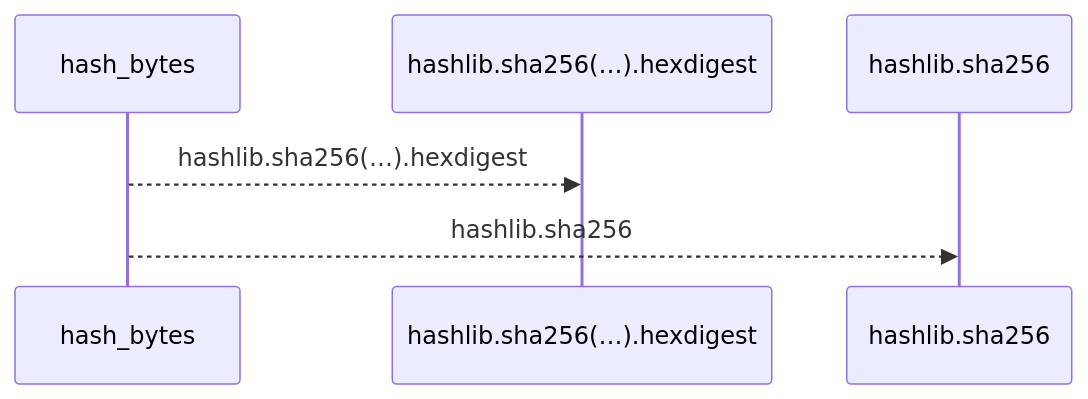
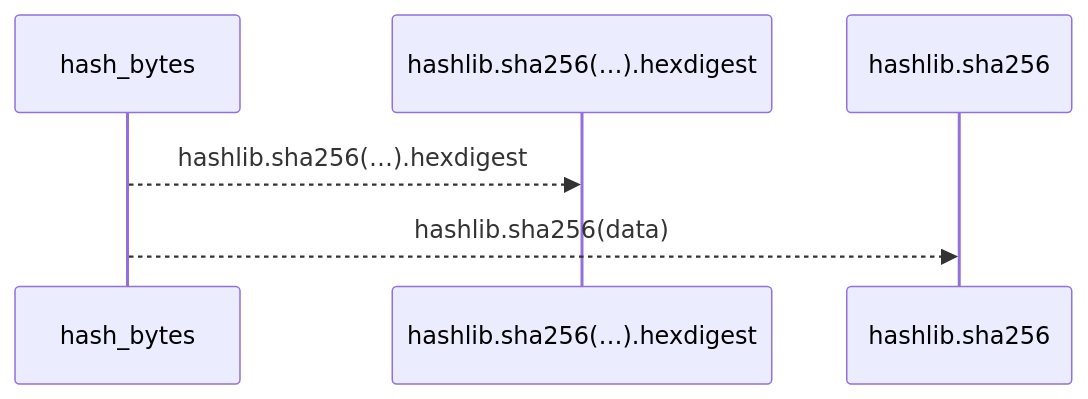
Before and after one commit to Denissvgn/python-wiki-llm: the first of 2 diagrams in docs/llm_wiki/flows/api-hash_bytes.md, drawn with Mermaid. The commit also changed other lines of this file and 1410 other files, not shown here.

````diff
--- a/docs/llm_wiki/flows/api-hash_bytes.md
+++ b/docs/llm_wiki/flows/api-hash_bytes.md
@@ -10,8 +12,8 @@
 ```mermaid
 sequenceDiagram
     participant p0 as hash_bytes
     participant p1 as hashlib.sha256(…).hexdigest
     participant p2 as hashlib.sha256
     p0-->>p1: hashlib.sha256(…).hexdigest
-    p0-->>p2: hashlib.sha256
+    p0-->>p2: hashlib.sha256(data)
 ```
````
